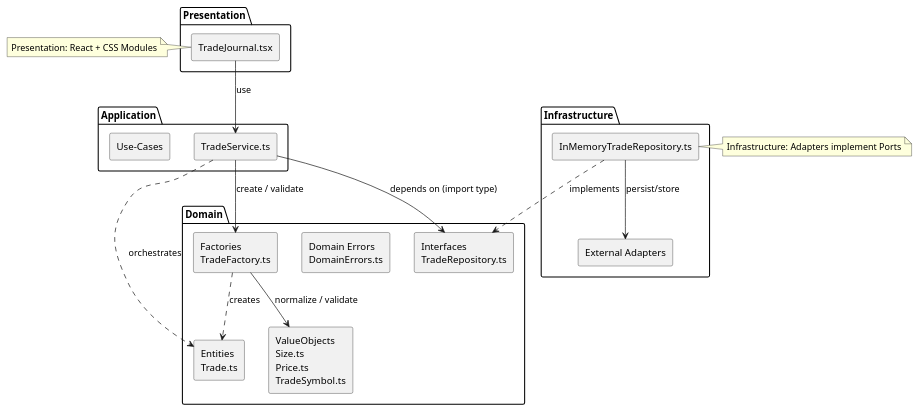
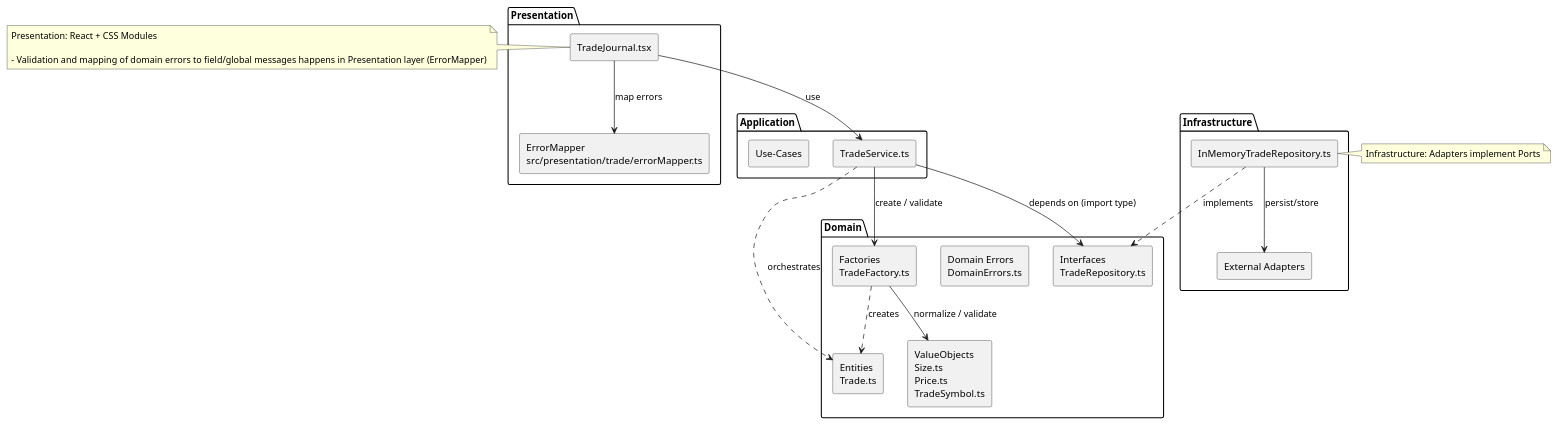
One commit to monkey-trader/traders-mirror changed the diagram in docs/diagrams/architecture.puml. Above: the diagram before and after it, drawn with PlantUML. The commit also changed 9 other files, not shown here.

Commit message:
feat(presentation): extract validation + error-mapper, add i18n and tests; docs: update diagrams

```diff
--- a/docs/diagrams/architecture.puml
+++ b/docs/diagrams/architecture.puml
@@ -2,45 +2,49 @@
 @startuml architecture
 skinparam componentStyle rectangle
 
 package "Presentation" {
   [TradeJournal.tsx] as UI
+  [ErrorMapper\nsrc/presentation/trade/errorMapper.ts] as ErrorMapper
 }
 
 package "Application" {
   [TradeService.ts] as Service
   [Use-Cases] as UseCases
 }
 
 package "Domain" {
   [Entities\nTrade.ts] as DomainEntity
   [ValueObjects\nSize.ts\nPrice.ts\nTradeSymbol.ts] as VOs
   [Factories\nTradeFactory.ts] as Factory
   [Domain Errors\nDomainErrors.ts] as Errors
   [Interfaces\nTradeRepository.ts] as Ports
 }
 
 package "Infrastructure" {
   [InMemoryTradeRepository.ts] as AdapterRepo
   [External Adapters] as Ext
 }
 
 'Relationships (Ports & Adapters)
 UI --> Service : use
+UI --> ErrorMapper : map errors
 Service --> Factory : create / validate
 Factory --> VOs : normalize / validate
 Service --> Ports : depends on (import type)
 AdapterRepo ..> Ports : implements
 AdapterRepo --> Ext : persist/store
 
 ' Layer boundaries (onion-like)
 Service ..> DomainEntity : orchestrates
 Factory ..> DomainEntity : creates
 
 note left of UI
 Presentation: React + CSS Modules
+
+- Validation and mapping of domain errors to field/global messages happens in Presentation layer (ErrorMapper)
 end note
 
 note right of AdapterRepo
 Infrastructure: Adapters implement Ports
 end note
 @enduml
```
